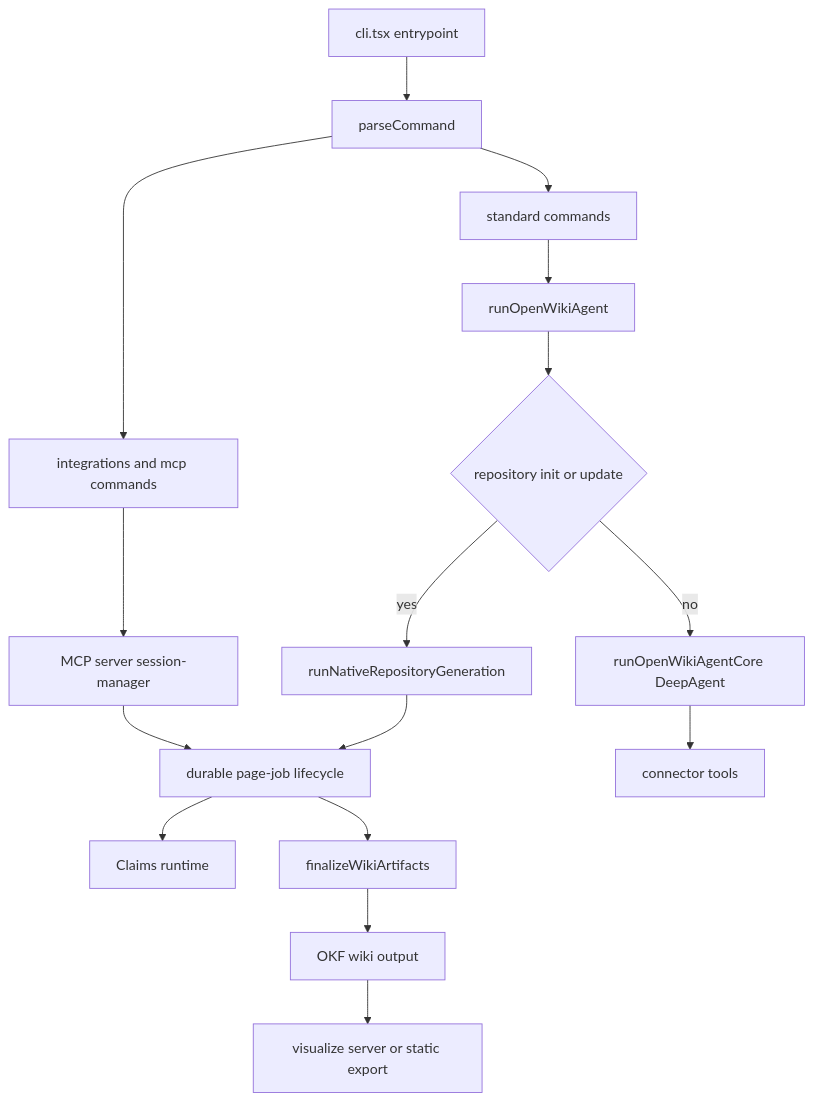
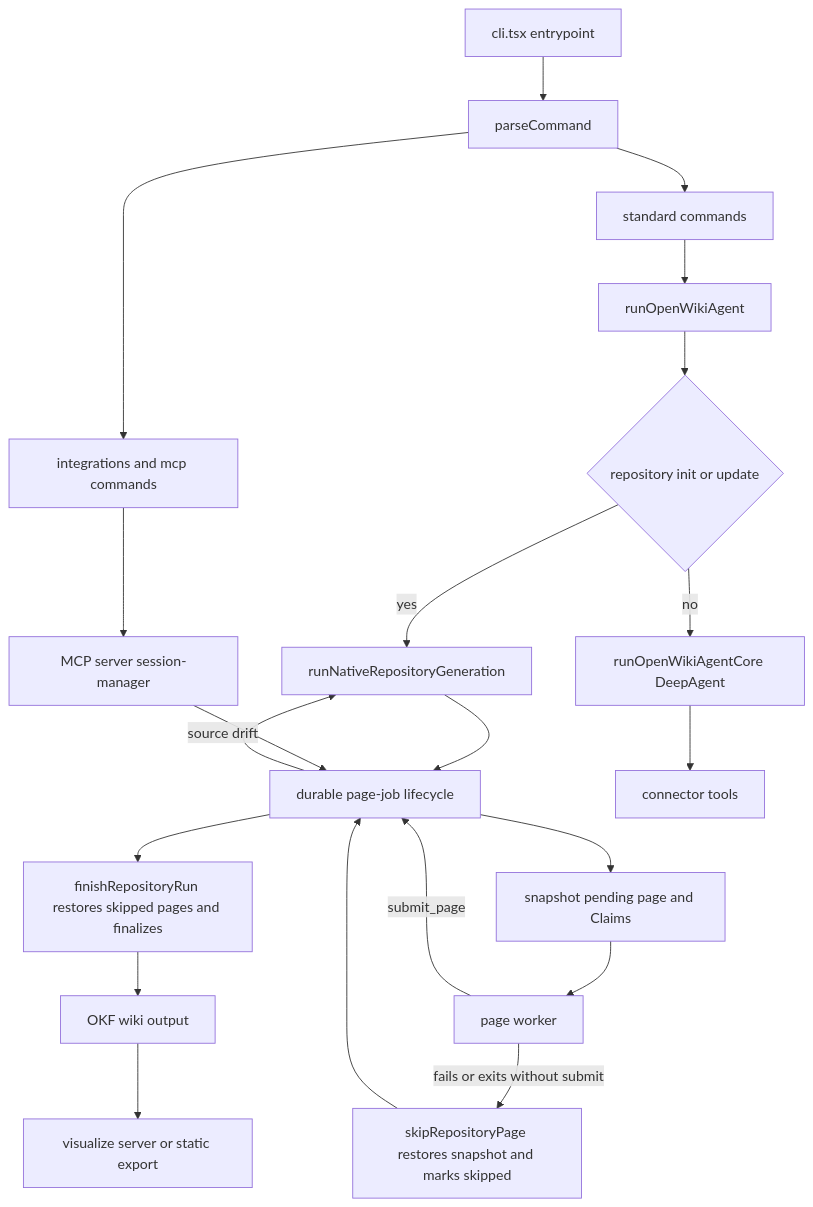
The diagram in openwiki/architecture/overview.md (Christian-Sidak/openwiki), drawn with Mermaid before and after one commit. The commit also changed other lines of this file and 19 other files, not shown here.

````diff
--- a/openwiki/architecture/overview.md
+++ b/openwiki/architecture/overview.md
@@ -74,18 +74,23 @@
 ```mermaid
 flowchart TD
   CLI["cli.tsx entrypoint"] --> Parse["parseCommand"]
   Parse --> Std["standard commands"]
   Parse --> Host["integrations and mcp commands"]
   Std --> RunAgent["runOpenWikiAgent"]
   RunAgent --> RepoGen{"repository init or update"}
   RepoGen -->|yes| NativeRun["runNativeRepositoryGeneration"]
   RepoGen -->|no| Core["runOpenWikiAgentCore DeepAgent"]
   NativeRun --> Lifecycle["durable page-job lifecycle"]
   Host --> McpServer["MCP server session-manager"]
   McpServer --> Lifecycle
   Core --> Connectors["connector tools"]
-  Lifecycle --> Claims["Claims runtime"]
-  Lifecycle --> Finalize["finalizeWikiArtifacts"]
+  Lifecycle --> Snapshot["snapshot pending page and Claims"]
+  Snapshot --> PageWorker["page worker"]
+  PageWorker -->|"fails or exits without submit"| Skip["skipRepositoryPage restores snapshot and marks skipped"]
+  Skip --> Lifecycle
+  PageWorker -->|"submit_page"| Lifecycle
+  Lifecycle -->|"source drift"| NativeRun
+  Lifecycle --> Finalize["finishRepositoryRun restores skipped pages and finalizes"]
   Finalize --> Wiki["OKF wiki output"]
   Wiki --> Viz["visualize server or static export"]
 ```
````
